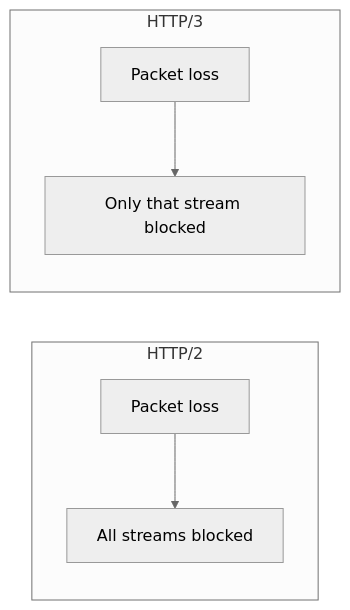
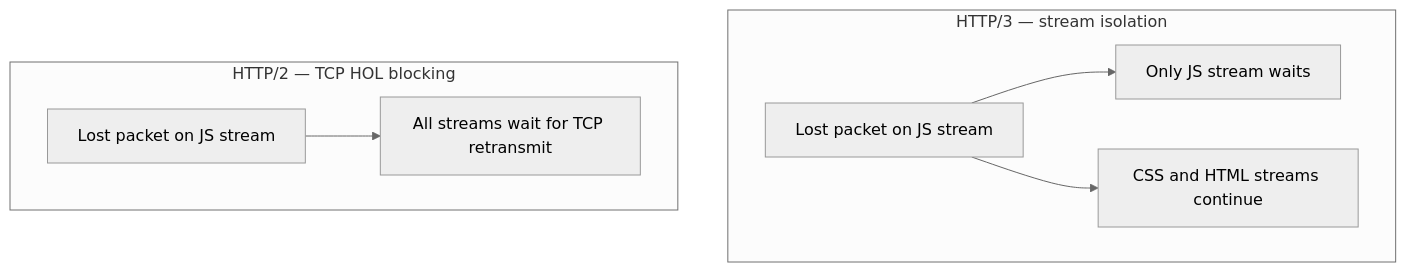
Diagram 17 of 27 in 01-networking/README.md (hareramcse/SystemDesign), drawn with Mermaid (neutral theme) before and after one commit. The commit also changed other lines of this file and 14 other files, not shown here.

````diff
--- a/01-networking/README.md
+++ b/01-networking/README.md
@@ -3086,9 +1085,13 @@
 ```mermaid
 flowchart LR
-    subgraph http2["HTTP/2"]
-        l2[Packet loss] --> blk[All streams blocked]
+    subgraph HTTP2["HTTP/2 — TCP HOL blocking"]
+        direction LR
+        l2[Lost packet on JS stream] --> blk[All streams wait for TCP retransmit]
     end
-    subgraph http3["HTTP/3"]
-        l3[Packet loss] --> one[Only that stream blocked]
+    subgraph HTTP3["HTTP/3 — stream isolation"]
+        direction LR
+        l3[Lost packet on JS stream] --> one[Only JS stream waits]
+        l3 --> ok[CSS and HTML streams continue]
     end
+    HTTP2 ~~~ HTTP3
 ```
````
